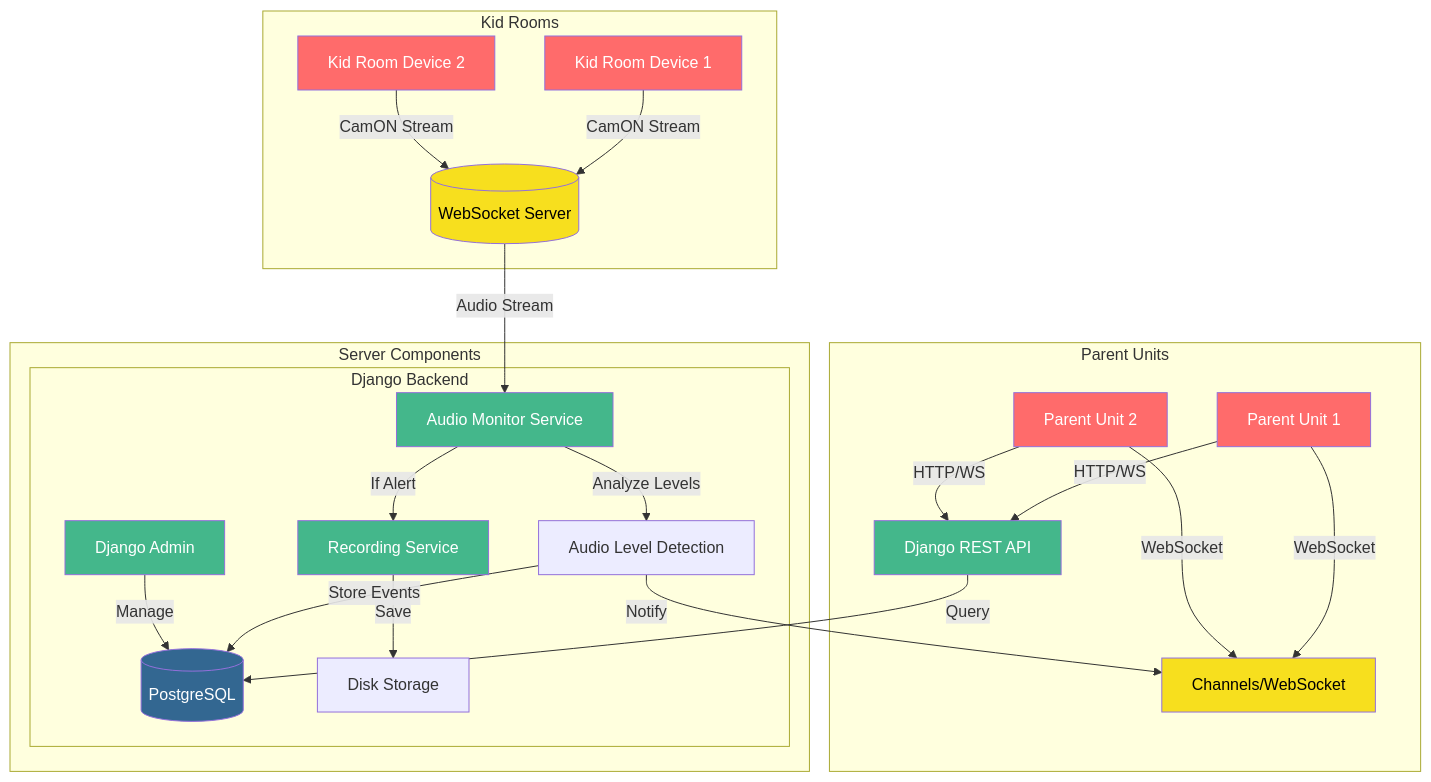
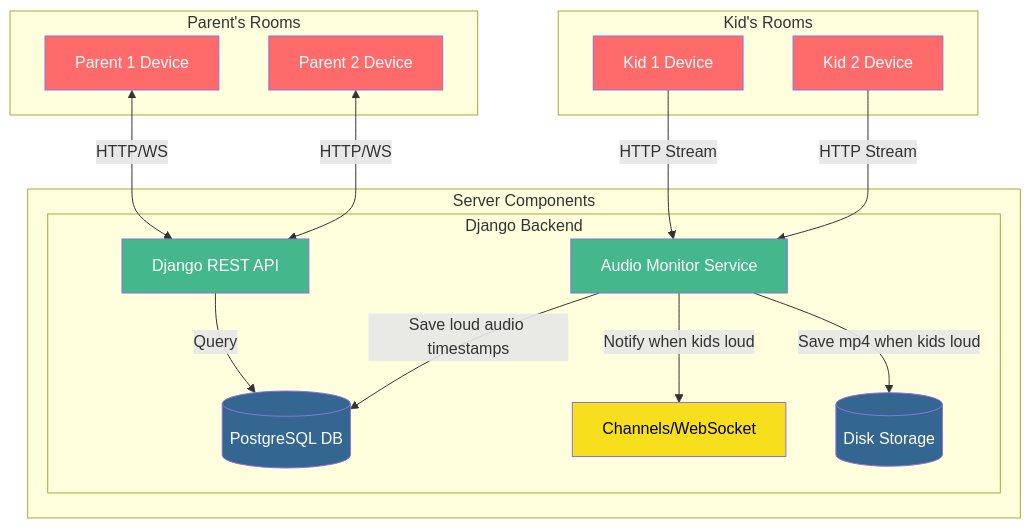
The diagram in README.md (MostlyArmless/babycam-django), drawn with Mermaid before and after one commit. The commit also changed other lines of this file, not shown here.

Commit message:
Added feature list / roadmap and updated diagram in readme

````diff
--- a/README.md
+++ b/README.md
@@ -7,38 +17,34 @@
 ```mermaid
 graph TB
-    subgraph "Parent Units"
-        P1[Parent Unit 1] -->|HTTP/WS| API
-        P1 -->|WebSocket| CH
-        P2[Parent Unit 2] -->|HTTP/WS| API
-        P2 -->|WebSocket| CH
-    end
-
-    subgraph "Kid Rooms"
-        K1[Kid Room Device 1] -->|CamON Stream| WS[(WebSocket Server)]
-        K2[Kid Room Device 2] -->|CamON Stream| WS
-    end
 
     subgraph "Server Components"
         subgraph "Django Backend"
-            WS -->|Audio Stream| AM[Audio Monitor Service]
-            AM -->|Analyze Levels| AL[Audio Level Detection]
-            AL -->|Store Events| DB[(PostgreSQL)]
-            AL -->|Notify| CH[Channels/WebSocket]
-            
-            AM -->|If Alert| REC[Recording Service]
-            REC -->|Save| DISK[Disk Storage]
+            AM[Audio Monitor Service] -->|Save loud audio timestamps| DB[(PostgreSQL DB)]
+            AM -->|Notify when kids loud| CH[Channels/WebSocket]
+            AM -->|Save mp4 when kids loud| DISK[(Disk Storage)]
             
             API[Django REST API] -->|Query| DB
-            ADM[Django Admin] -->|Manage| DB
         end
     end
+
+    subgraph "Parent's Rooms"
+        P1[Parent 1 Device] <-->|HTTP/WS| API
+        P2[Parent 2 Device] <-->|HTTP/WS| API
+    end
+
+    subgraph "Kid's Rooms"
+        K1[Kid 1 Device] -->|HTTP Stream| AM
+        K2[Kid 2 Device] -->|HTTP Stream| AM
+    end
+
+    
 
     classDef django fill:#44B78B,color:white
     classDef database fill:#336791,color:white
     classDef websocket fill:#F7DF1E,color:black
     classDef device fill:#FF6B6B,color:white
-    class AM,API,ADM,REC django
-    class DB database
-    class WS,CH websocket
+    class AM,API,REC django
+    class DB,DISK database
+    class CH websocket
     class K1,K2,P1,P2 device
 ```
````
